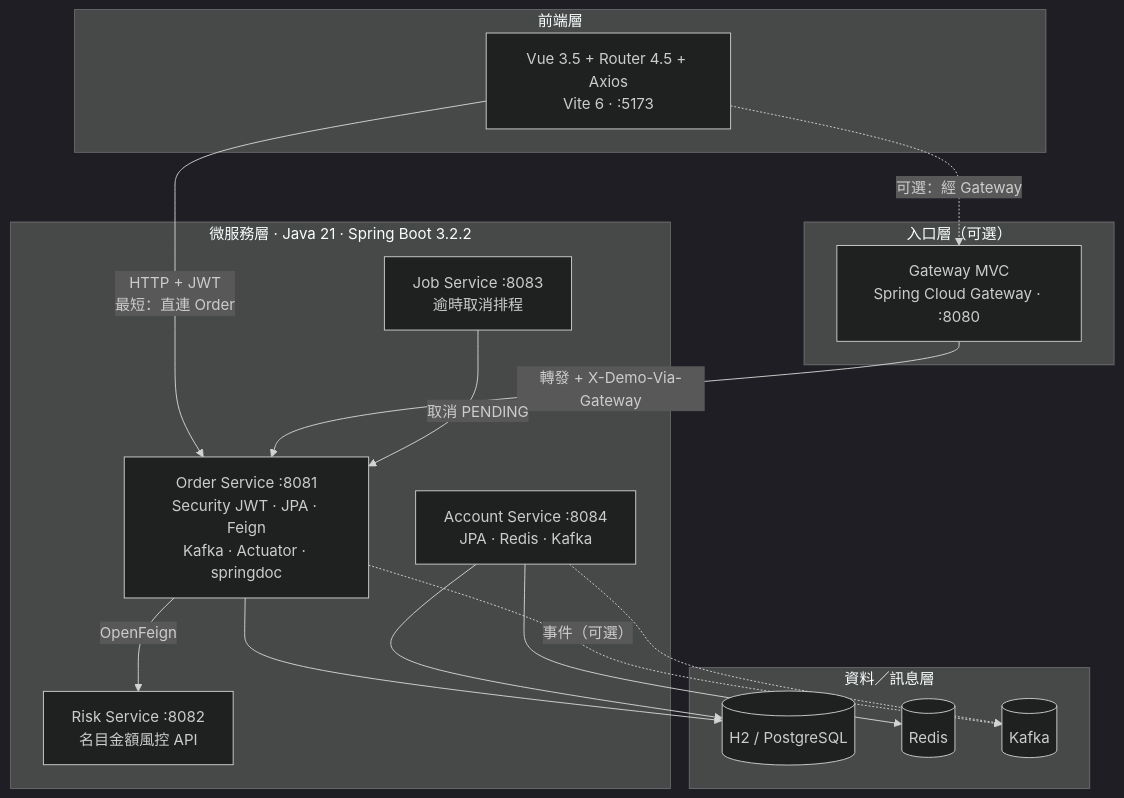
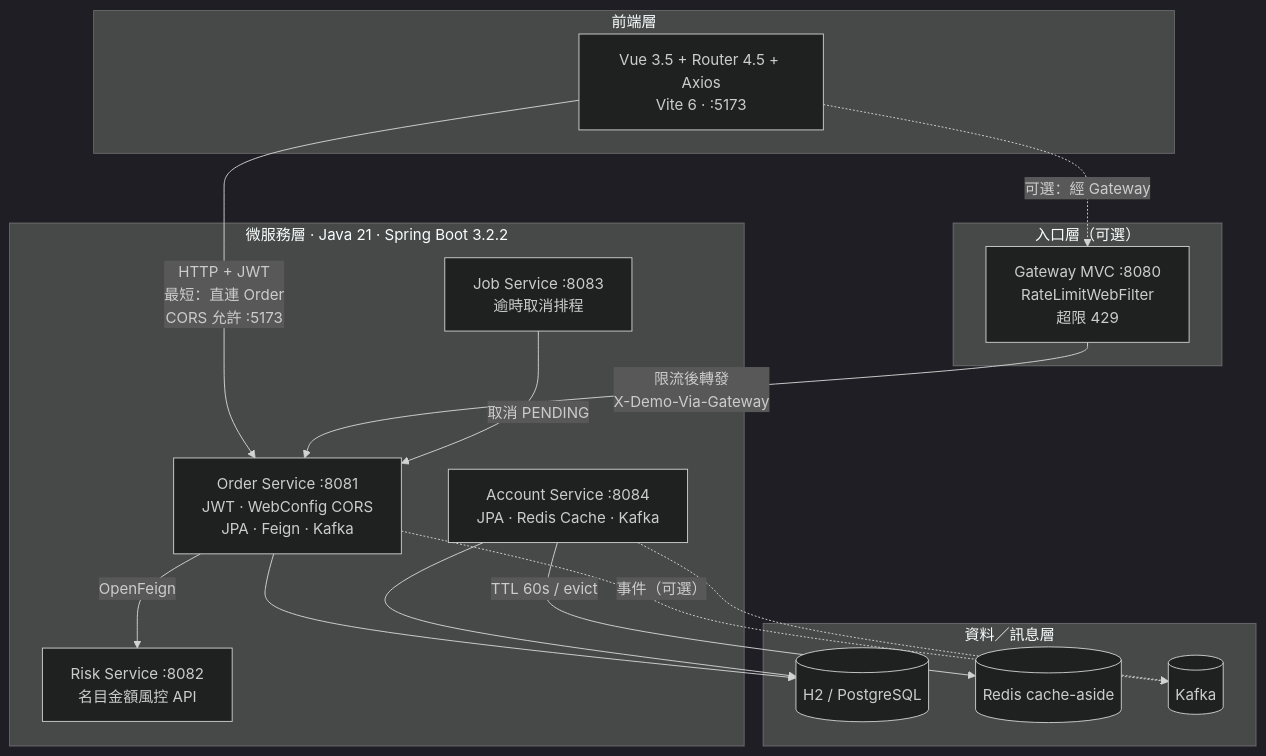
The diagram in docs/architecture/mermaid/01-layers.mmd (johnGitHub24/FinTechDemo), drawn with Mermaid (dark theme) before and after one commit. The commit also changed 47 other files, not shown here.

```diff
--- a/docs/architecture/mermaid/01-layers.mmd
+++ b/docs/architecture/mermaid/01-layers.mmd
@@ -1,32 +1,32 @@
 flowchart TB
   subgraph Client["前端層"]
     Vue["Vue 3.5 + Router 4.5 + Axios<br/>Vite 6 · :5173"]
   end
 
   subgraph Edge["入口層（可選）"]
-    GW["Gateway MVC<br/>Spring Cloud Gateway · :8080"]
+    GW["Gateway MVC :8080<br/>RateLimitWebFilter<br/>超限 429"]
   end
 
   subgraph MS["微服務層 · Java 21 · Spring Boot 3.2.2"]
-    Order["Order Service :8081<br/>Security JWT · JPA · Feign<br/>Kafka · Actuator · springdoc"]
+    Order["Order Service :8081<br/>JWT · WebConfig CORS<br/>JPA · Feign · Kafka"]
     Risk["Risk Service :8082<br/>名目金額風控 API"]
-    Account["Account Service :8084<br/>JPA · Redis · Kafka"]
+    Account["Account Service :8084<br/>JPA · Redis Cache · Kafka"]
     Job["Job Service :8083<br/>逾時取消排程"]
   end
 
   subgraph Data["資料／訊息層"]
     H2[(H2 / PostgreSQL)]
-    Redis[(Redis)]
+    Redis[(Redis cache-aside)]
     Kafka[(Kafka)]
   end
 
-  Vue -->|"HTTP + JWT<br/>最短：直連 Order"| Order
+  Vue -->|"HTTP + JWT<br/>最短：直連 Order<br/>CORS 允許 :5173"| Order
   Vue -.->|"可選：經 Gateway"| GW
-  GW -->|"轉發 + X-Demo-Via-Gateway"| Order
+  GW -->|"限流後轉發<br/>X-Demo-Via-Gateway"| Order
   Order -->|"OpenFeign"| Risk
   Order -.->|"事件（可選）"| Kafka
   Order --> H2
   Account --> H2
-  Account --> Redis
+  Account -->|"TTL 60s / evict"| Redis
   Account -.-> Kafka
   Job -->|"取消 PENDING"| Order
```
